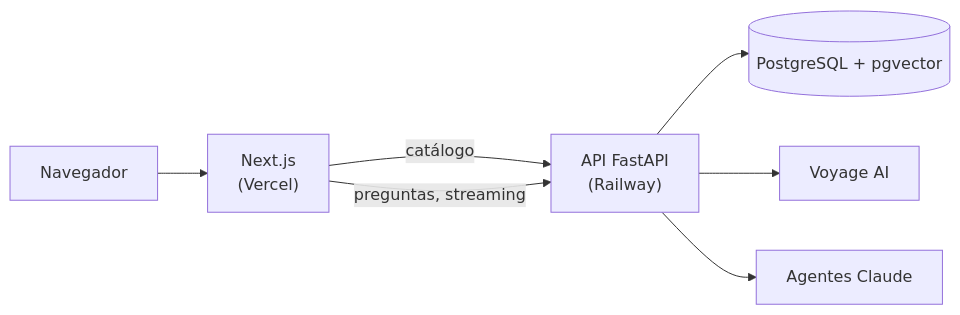
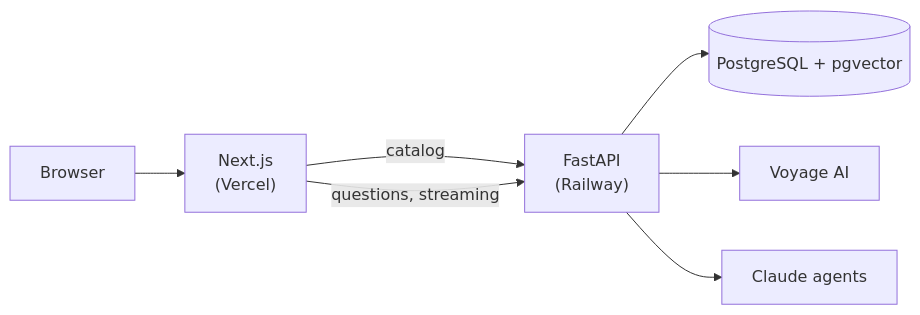
The diagram in README.md (dierez00/nasaspaceapp-challenge), drawn with Mermaid before and after one commit. The commit also changed other lines of this file and 1 other file, not shown here.

````diff
--- a/README.md
+++ b/README.md
@@ -75,9 +75,9 @@
 ```mermaid
 flowchart LR
-  U[Navegador] --> N["Next.js<br/>(Vercel)"]
-  N -->|catálogo| F["API FastAPI<br/>(Railway)"]
-  N -->|preguntas, streaming| F
+  U[Browser] --> N["Next.js<br/>(Vercel)"]
+  N -->|catalog| F["FastAPI<br/>(Railway)"]
+  N -->|questions, streaming| F
   F --> DB[("PostgreSQL + pgvector")]
   F --> V[Voyage AI]
-  F --> C["Agentes Claude"]
+  F --> C["Claude agents"]
 ```
````
